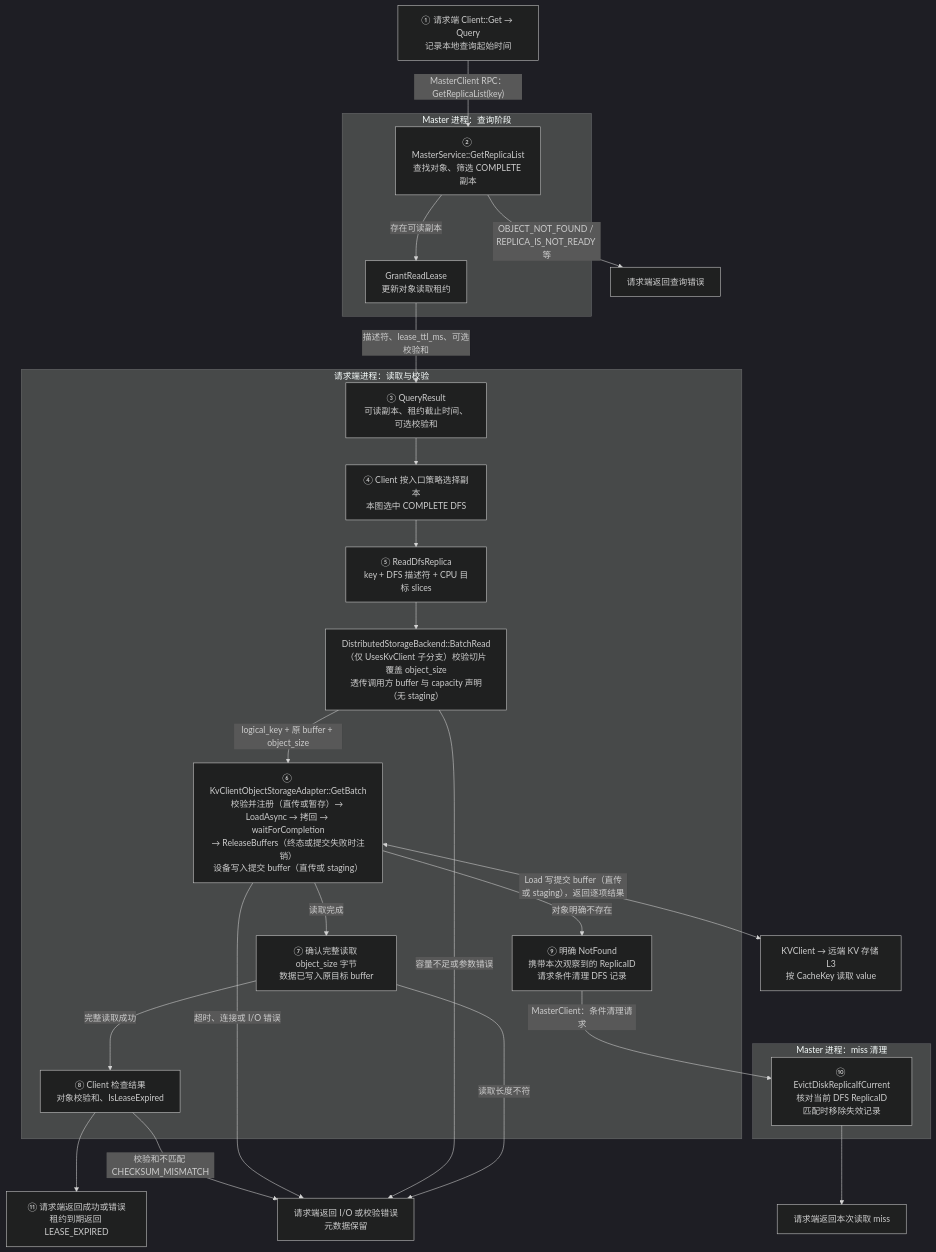
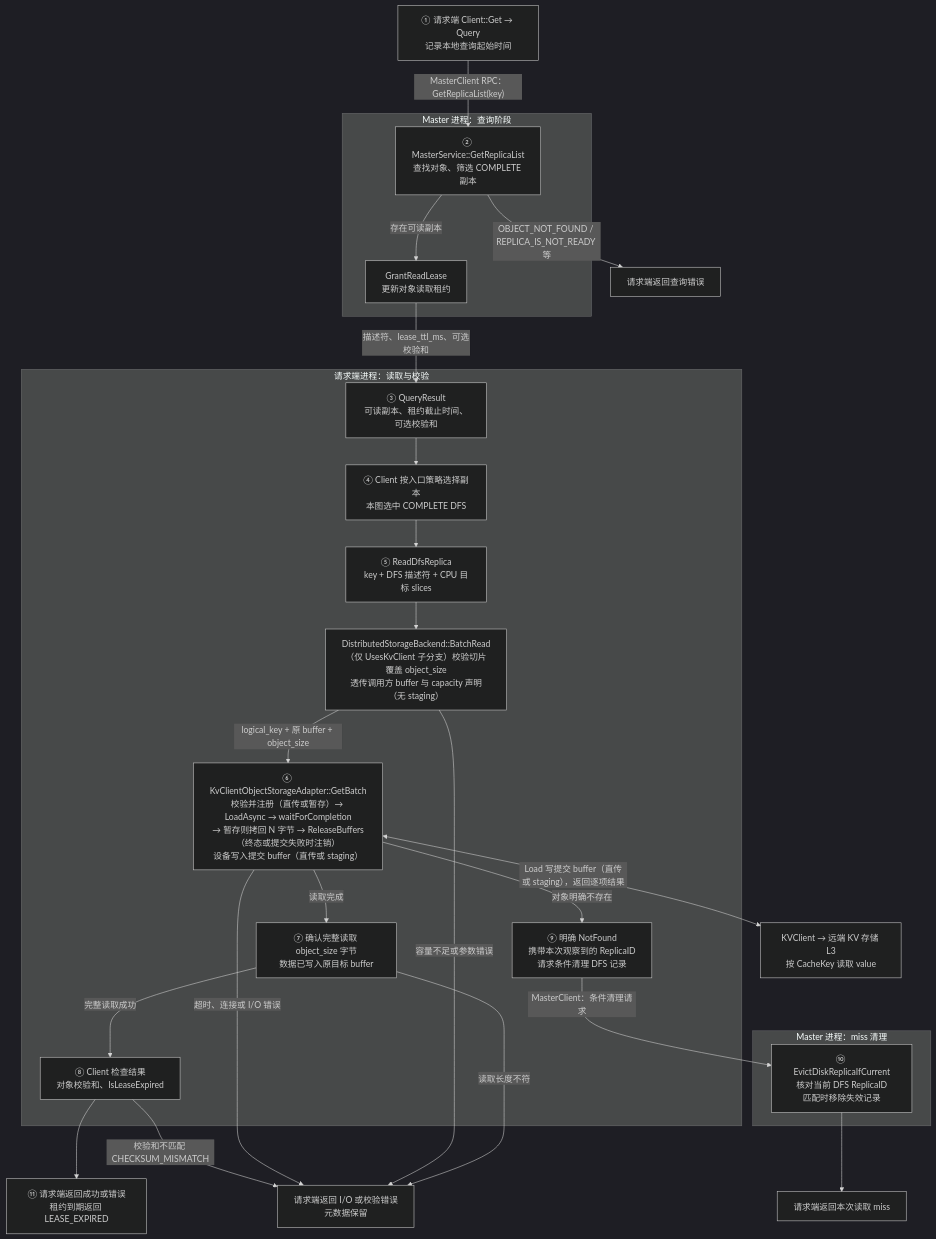
One commit to zwj20000328-dotcom/Mooncake-documents changed the fifth of 13 diagrams in Mooncake + KVClient L3 接入（Kvcs）- v3.md. Above: the diagram before and after it, drawn with Mermaid (dark theme). The commit also changed other lines of this file, not shown here.

Commit message:
docs: fix staging-path, diagram and build inconsistencies found by the final audit

````diff
--- a/Mooncake + KVClient L3 接入（Kvcs）- v3.md
+++ b/Mooncake + KVClient L3 接入（Kvcs）- v3.md
@@ -395,52 +397,52 @@
 ```mermaid
 flowchart TB
     Q["① 请求端 Client::Get → Query<br/>记录本地查询起始时间"]
 
     subgraph MasterQuery["Master 进程：查询阶段"]
         GET["② MasterService::GetReplicaList<br/>查找对象、筛选 COMPLETE 副本"]
         LEASE["GrantReadLease<br/>更新对象读取租约"]
 
         GET -->|"存在可读副本"| LEASE
     end
 
     subgraph Request["请求端进程：读取与校验"]
         QR["③ QueryResult<br/>可读副本、租约截止时间、可选校验和"]
         SELECT["④ Client 按入口策略选择副本<br/>本图选中 COMPLETE DFS"]
         READ["⑤ ReadDfsReplica<br/>key + DFS 描述符 + CPU 目标 slices"]
         B["DistributedStorageBackend::BatchRead<br/>（仅 UsesKvClient 子分支）校验切片覆盖 object_size<br/>透传调用方 buffer 与 capacity 声明（无 staging）"]
-        D["⑥ KvClientObjectStorageAdapter::GetBatch<br/>校验并注册（直传或暂存）→ LoadAsync → 拷回 → waitForCompletion<br/>→ ReleaseBuffers（终态或提交失败时注销）<br/>设备写入提交 buffer（直传或 staging）"]
+        D["⑥ KvClientObjectStorageAdapter::GetBatch<br/>校验并注册（直传或暂存）→ LoadAsync → waitForCompletion<br/>→ 暂存则拷回 N 字节 → ReleaseBuffers（终态或提交失败时注销）<br/>设备写入提交 buffer（直传或 staging）"]
         VERIFY["⑦ 确认完整读取 object_size 字节<br/>数据已写入原目标 buffer"]
         CHECK["⑧ Client 检查结果<br/>对象校验和、IsLeaseExpired"]
         MISS["⑨ 明确 NotFound<br/>携带本次观察到的 ReplicaID<br/>请求条件清理 DFS 记录"]
 
         QR --> SELECT
         SELECT --> READ
         READ --> B
         B -->|"logical_key + 原 buffer + object_size"| D
         D -->|"读取完成"| VERIFY
         D -->|"对象明确不存在"| MISS
         VERIFY -->|"完整读取成功"| CHECK
     end
 
     subgraph MasterCleanup["Master 进程：miss 清理"]
         EVICT["⑩ EvictDiskReplicaIfCurrent<br/>核对当前 DFS ReplicaID<br/>匹配时移除失效记录"]
     end
 
     RETURN["⑪ 请求端返回成功或错误<br/>租约到期返回 LEASE_EXPIRED"]
     ERROR["请求端返回 I/O 或校验错误<br/>元数据保留"]
     QUERY_FAIL["请求端返回查询错误"]
     MISS_RETURN["请求端返回本次读取 miss"]
     S["KVClient → 远端 KV 存储 L3<br/>按 CacheKey 读取 value"]
 
     Q -->|"MasterClient RPC：GetReplicaList(key)"| GET
     GET -->|"OBJECT_NOT_FOUND / REPLICA_IS_NOT_READY 等"| QUERY_FAIL
     LEASE -->|"描述符、lease_ttl_ms、可选校验和"| QR
     D <-->|"Load 写提交 buffer（直传或 staging），返回逐项结果"| S
     MISS -->|"MasterClient：条件清理请求"| EVICT
     EVICT --> MISS_RETURN
     CHECK --> RETURN
     CHECK -->|"校验和不匹配 CHECKSUM_MISMATCH"| ERROR
     D -->|"超时、连接或 I/O 错误"| ERROR
     B -->|"容量不足或参数错误"| ERROR
     VERIFY -->|"读取长度不符"| ERROR
 ```
````
